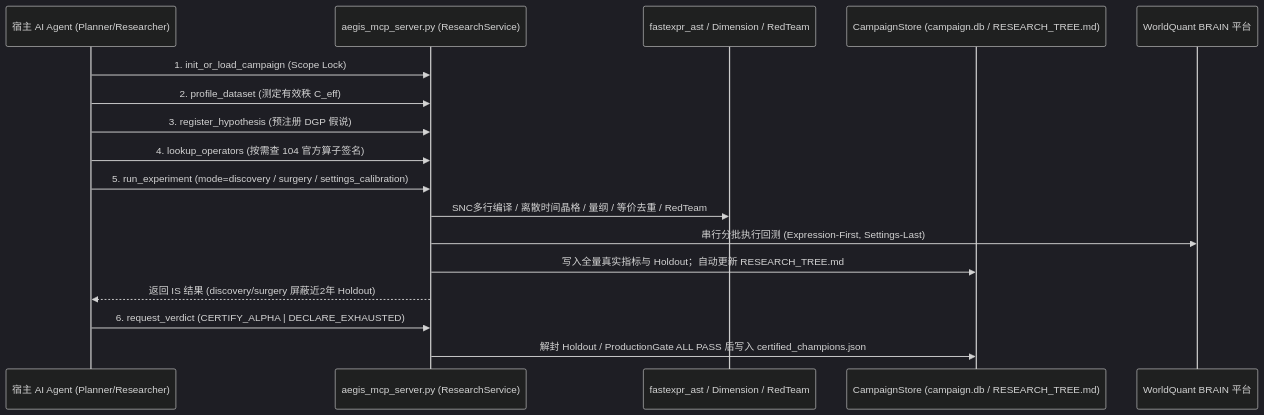
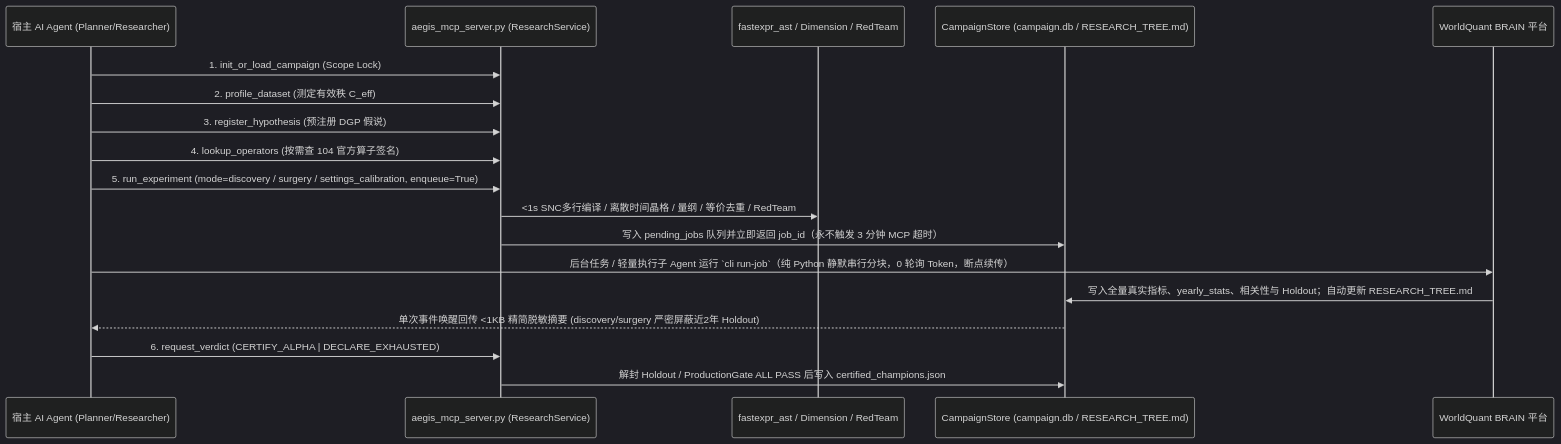
Before and after one commit to Joe-Goldbug/quant_framework: the third of 3 diagrams in README.md, drawn with Mermaid (dark theme). The commit also changed other lines of this file and 6 other files, not shown here.

Commit message:
feat(aegis-v4.1.2): decouple fast MCP gate enqueue from silent CLI run-job background worker (<1KB Holdout-masked summary & crash resume)

````diff
--- a/README.md
+++ b/README.md
@@ -146,20 +146,21 @@
 ```mermaid
 sequenceDiagram
     participant Host as 宿主 AI Agent (Planner/Researcher)
     participant MCP as aegis_mcp_server.py (ResearchService)
     participant AST as fastexpr_ast / Dimension / RedTeam
     participant DB as CampaignStore (campaign.db / RESEARCH_TREE.md)
     participant Brain as WorldQuant BRAIN 平台
 
     Host->>MCP: 1. init_or_load_campaign (Scope Lock)
     Host->>MCP: 2. profile_dataset (测定有效秩 C_eff)
     Host->>MCP: 3. register_hypothesis (预注册 DGP 假说)
     Host->>MCP: 4. lookup_operators (按需查 104 官方算子签名)
-    Host->>MCP: 5. run_experiment (mode=discovery / surgery / settings_calibration)
-    MCP->>AST: SNC多行编译 / 离散时间晶格 / 量纲 / 等价去重 / RedTeam
-    MCP->>Brain: 串行分批执行回测 (Expression-First, Settings-Last)
-    MCP->>DB: 写入全量真实指标与 Holdout；自动更新 RESEARCH_TREE.md
-    MCP-->>Host: 返回 IS 结果 (discovery/surgery 屏蔽近2年 Holdout)
+    Host->>MCP: 5. run_experiment (mode=discovery / surgery / settings_calibration, enqueue=True)
+    MCP->>AST: <1s SNC多行编译 / 离散时间晶格 / 量纲 / 等价去重 / RedTeam
+    MCP->>DB: 写入 pending_jobs 队列并立即返回 job_id（永不触发 3 分钟 MCP 超时）
+    Host->>Brain: 后台任务 / 轻量执行子 Agent 运行 `cli run-job`（纯 Python 静默串行分块，0 轮询 Token，断点续传）
+    Brain->>DB: 写入全量真实指标、yearly_stats、相关性与 Holdout；自动更新 RESEARCH_TREE.md
+    DB-->>Host: 单次事件唤醒回传 <1KB 精简脱敏摘要 (discovery/surgery 严密屏蔽近2年 Holdout)
     Host->>MCP: 6. request_verdict (CERTIFY_ALPHA | DECLARE_EXHAUSTED)
     MCP->>DB: 解封 Holdout / ProductionGate ALL PASS 后写入 certified_champions.json
 ```
````
